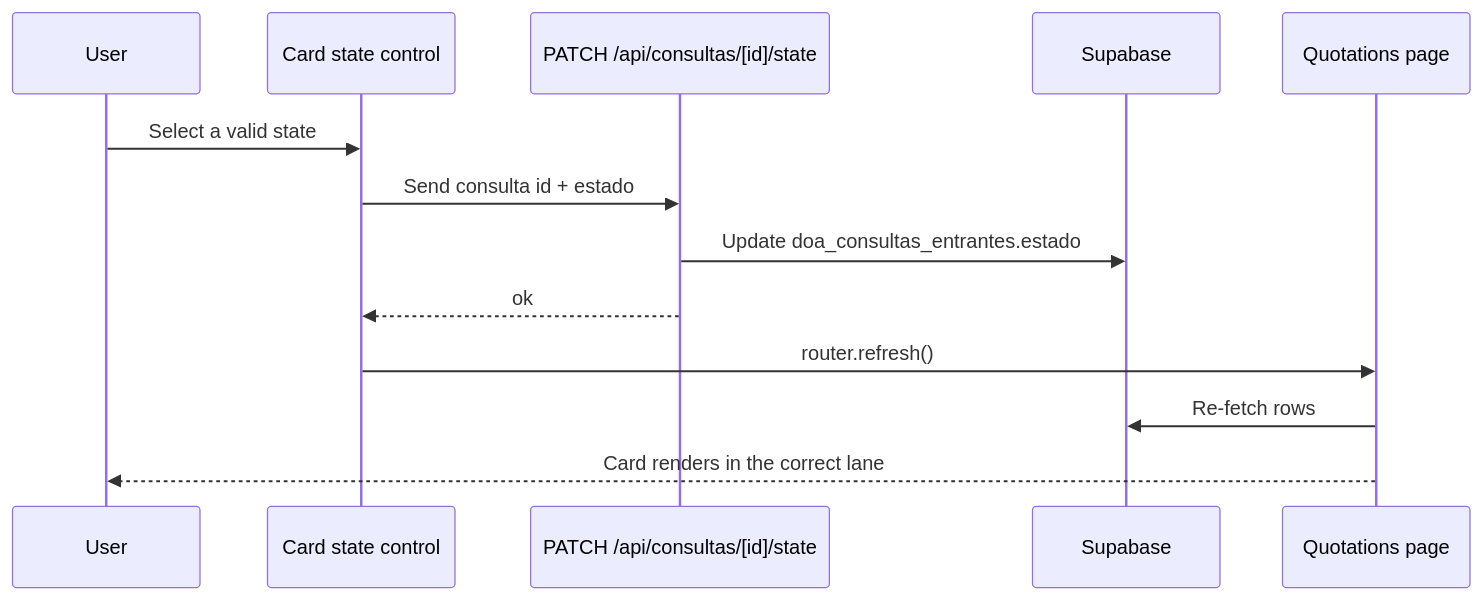
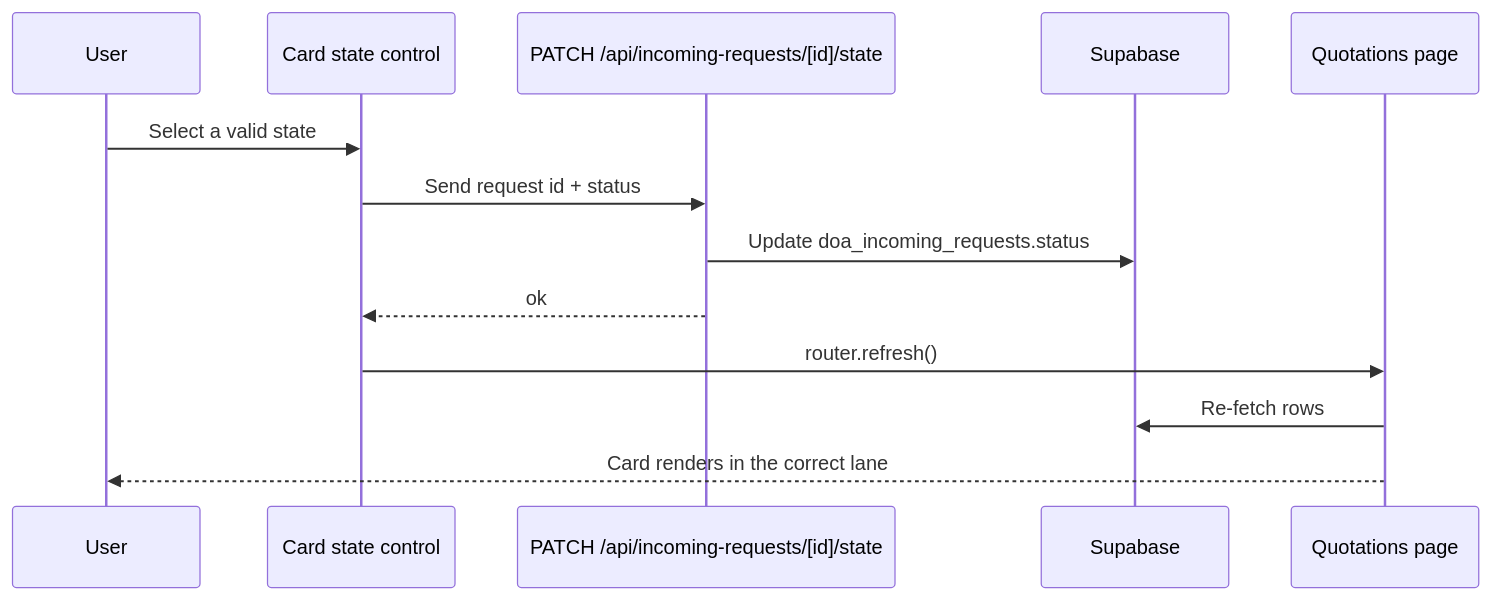
One commit to jesuswiki92/Design-Organization-Approval-APP-Production changed the diagram in openspec/changes/map-incoming-cards-by-real-state/design.md. Above: the diagram before and after it, drawn with Mermaid. The commit also changed other lines of this file and 278 other files, not shown here.

````diff
--- a/openspec/changes/map-incoming-cards-by-real-state/design.md
+++ b/openspec/changes/map-incoming-cards-by-real-state/design.md
@@ -34,15 +34,15 @@
 ```mermaid
 sequenceDiagram
   participant U as User
   participant C as Card state control
-  participant A as PATCH /api/consultas/[id]/state
+  participant A as PATCH /api/incoming-requests/[id]/state
   participant S as Supabase
   participant P as Quotations page
   U->>C: Select a valid state
-  C->>A: Send consulta id + estado
-  A->>S: Update doa_consultas_entrantes.estado
+  C->>A: Send request id + status
+  A->>S: Update doa_incoming_requests.status
   A-->>C: ok
   C->>P: router.refresh()
   P->>S: Re-fetch rows
   P-->>U: Card renders in the correct lane
 ```
````
